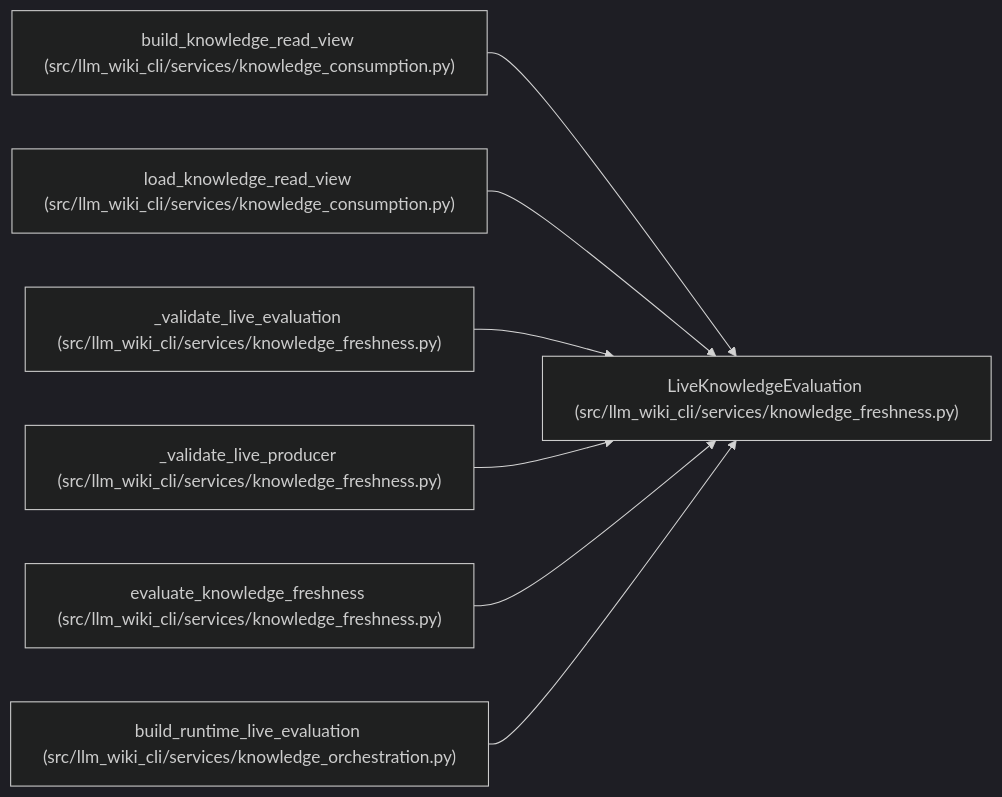
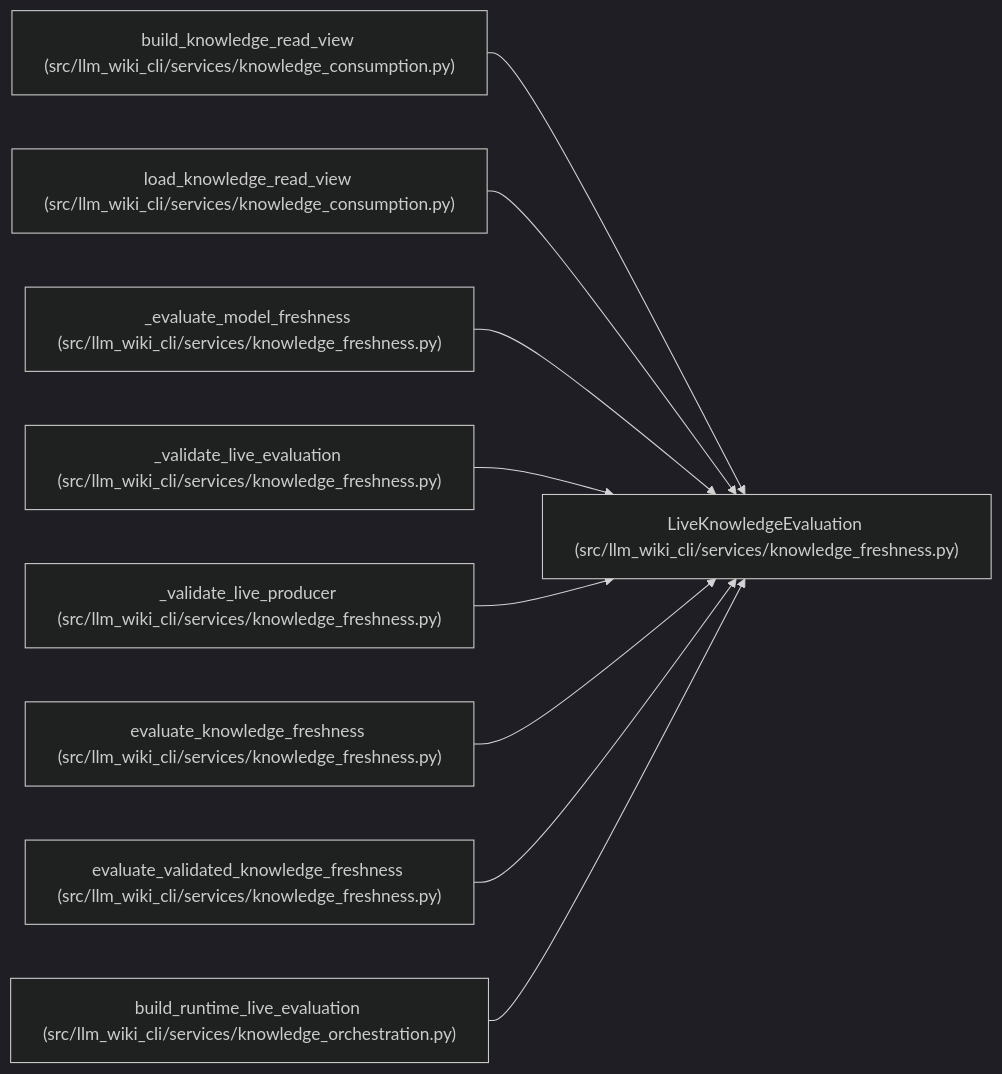
One commit to Denissvgn/python-wiki-llm changed the diagram in docs/llm_wiki/entities/LiveKnowledgeEvaluation.md. Above: the diagram before and after it, drawn with Mermaid (dark theme). The commit also changed other lines of this file and 240 other files, not shown here.

Commit message:
docs: refresh wiki for validated runtime updates

````diff
--- a/docs/llm_wiki/entities/LiveKnowledgeEvaluation.md
+++ b/docs/llm_wiki/entities/LiveKnowledgeEvaluation.md
@@ -37,23 +37,29 @@
 ```mermaid
 flowchart LR
     n0["LiveKnowledgeEvaluation (src/llm_wiki_cli/services/knowledge_freshness.py)"]
     n1["build_knowledge_read_view (src/llm_wiki_cli/services/knowledge_consumption.py)"]
     n2["load_knowledge_read_view (src/llm_wiki_cli/services/knowledge_consumption.py)"]
-    n3["_validate_live_evaluation (src/llm_wiki_cli/services/knowledge_freshness.py)"]
-    n4["_validate_live_producer (src/llm_wiki_cli/services/knowledge_freshness.py)"]
-    n5["evaluate_knowledge_freshness (src/llm_wiki_cli/services/knowledge_freshness.py)"]
-    n6["build_runtime_live_evaluation (src/llm_wiki_cli/services/knowledge_orchestration.py)"]
+    n3["_evaluate_model_freshness (src/llm_wiki_cli/services/knowledge_freshness.py)"]
+    n4["_validate_live_evaluation (src/llm_wiki_cli/services/knowledge_freshness.py)"]
+    n5["_validate_live_producer (src/llm_wiki_cli/services/knowledge_freshness.py)"]
+    n6["evaluate_knowledge_freshness (src/llm_wiki_cli/services/knowledge_freshness.py)"]
+    n7["evaluate_validated_knowledge_freshness (src/llm_wiki_cli/services/knowledge_freshness.py)"]
+    n8["build_runtime_live_evaluation (src/llm_wiki_cli/services/knowledge_orchestration.py)"]
     n1 --> n0
     n2 --> n0
     n3 --> n0
     n4 --> n0
     n5 --> n0
     n6 --> n0
+    n7 --> n0
+    n8 --> n0
     click n0 "../modules/knowledge_freshness.md"
     click n1 "../modules/knowledge_consumption.md"
     click n2 "../modules/knowledge_consumption.md"
     click n3 "../modules/knowledge_freshness.md"
     click n4 "../modules/knowledge_freshness.md"
     click n5 "../modules/knowledge_freshness.md"
-    click n6 "../modules/knowledge_orchestration.md"
+    click n6 "../modules/knowledge_freshness.md"
+    click n7 "../modules/knowledge_freshness.md"
+    click n8 "../modules/knowledge_orchestration.md"
 ```
````
